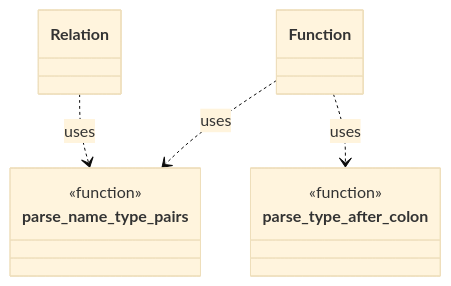
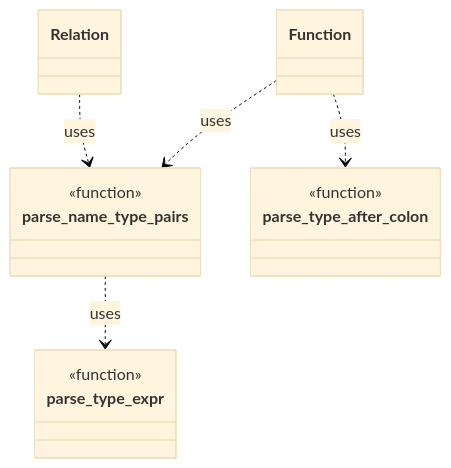
The diagram in docs/function-parsing-design.md (leynos/ddlint), drawn with Mermaid (base theme) before and after one commit. The commit also changed other lines of this file and 1 other file, not shown here.

Commit message:
Add recursive type expression parser

````diff
--- a/docs/function-parsing-design.md
+++ b/docs/function-parsing-design.md
@@ -9,12 +9,16 @@
 ```mermaid
 classDiagram
     class parse_name_type_pairs {
+        <<function>>
+    }
+    class parse_type_expr {
         <<function>>
     }
     class parse_type_after_colon {
         <<function>>
     }
     Function ..> parse_name_type_pairs : uses
+    parse_name_type_pairs ..> parse_type_expr : uses
     Function ..> parse_type_after_colon : uses
     Relation ..> parse_name_type_pairs : uses
 ```
````
